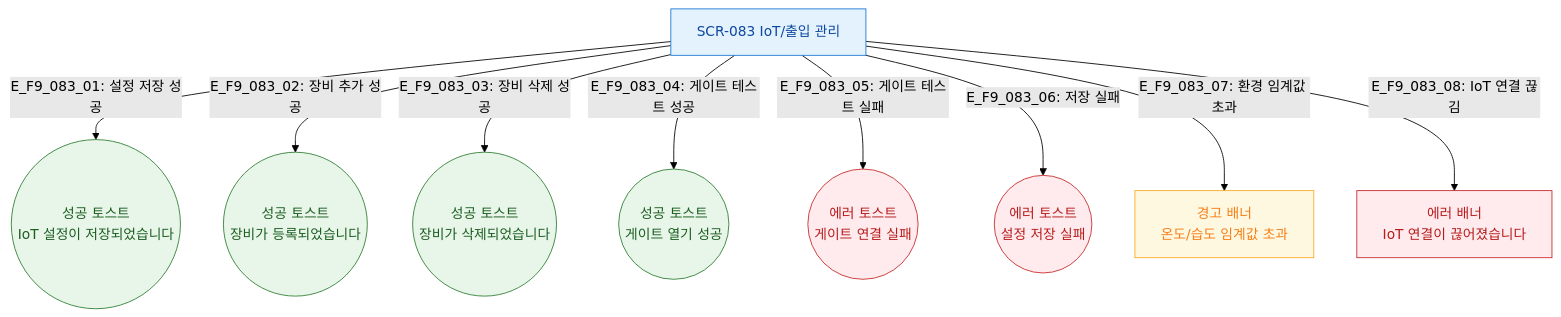
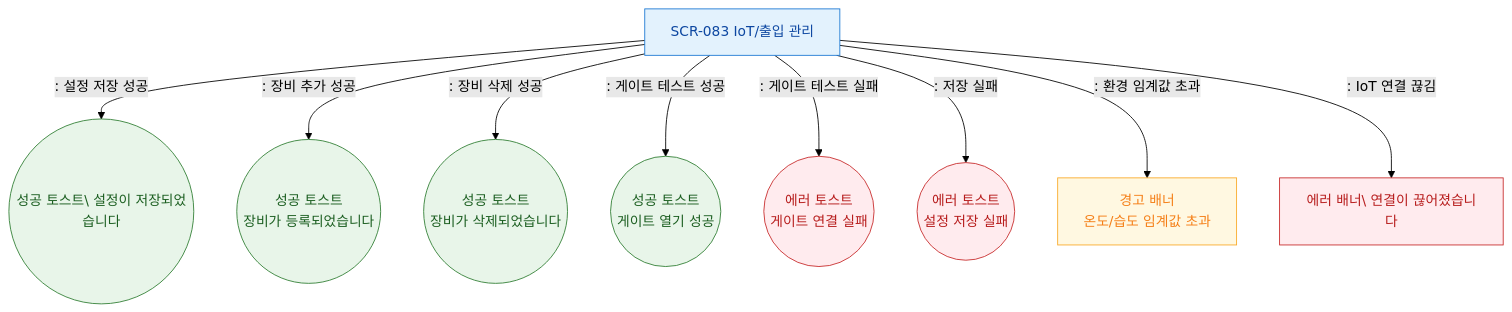
The diagram in docs/다이어그램/D09_설정관리/SCR-083_IoT출입관리/F9_토스트피드백.md (dev-spogym/admin-pando), drawn with Mermaid (forest theme) before and after one commit. The commit also changed other lines of this file and 1660 other files, not shown here.

First line of the commit message:
다이어그램: 기획자/클라이언트 납품본으로 정리

````diff
--- a/docs/다이어그램/D09_설정관리/SCR-083_IoT출입관리/F9_토스트피드백.md
+++ b/docs/다이어그램/D09_설정관리/SCR-083_IoT출입관리/F9_토스트피드백.md
@@ -14,22 +12,22 @@
 ```mermaid
 flowchart TD
     SCR083[SCR-083 IoT/출입 관리]
 
-    SCR083 -->|"E_F9_083_01: 설정 저장 성공"| FB_SaveOK((성공 토스트\nIoT 설정이 저장되었습니다))
-    SCR083 -->|"E_F9_083_02: 장비 추가 성공"| FB_AddOK((성공 토스트\n장비가 등록되었습니다))
-    SCR083 -->|"E_F9_083_03: 장비 삭제 성공"| FB_DelOK((성공 토스트\n장비가 삭제되었습니다))
-    SCR083 -->|"E_F9_083_04: 게이트 테스트 성공"| FB_GateOK((성공 토스트\n게이트 열기 성공))
-    SCR083 -->|"E_F9_083_05: 게이트 테스트 실패"| FB_GateErr((에러 토스트\n게이트 연결 실패))
-    SCR083 -->|"E_F9_083_06: 저장 실패"| FB_SaveErr((에러 토스트\n설정 저장 실패))
-    SCR083 -->|"E_F9_083_07: 환경 임계값 초과"| FB_EnvWarn[경고 배너\n온도/습도 임계값 초과]
-    SCR083 -->|"E_F9_083_08: IoT 연결 끊김"| FB_IoTErr[에러 배너\nIoT 연결이 끊어졌습니다]
+    SCR083 -->|": 설정 저장 성공"|FB_SaveOK((성공 토스트\ 설정이 저장되었습니다))
+    SCR083 -->|": 장비 추가 성공"|FB_AddOK((성공 토스트\n장비가 등록되었습니다))
+    SCR083 -->|": 장비 삭제 성공"|FB_DelOK((성공 토스트\n장비가 삭제되었습니다))
+    SCR083 -->|": 게이트 테스트 성공"|FB_GateOK((성공 토스트\n게이트 열기 성공))
+    SCR083 -->|": 게이트 테스트 실패"|FB_GateErr((에러 토스트\n게이트 연결 실패))
+    SCR083 -->|": 저장 실패"|FB_SaveErr((에러 토스트\n설정 저장 실패))
+    SCR083 -->|": 환경 임계값 초과"|FB_EnvWarn[경고 배너\n온도/습도 임계값 초과]
+    SCR083 -->|": IoT 연결 끊김"|FB_IoTErr[에러 배너\ 연결이 끊어졌습니다]
 
     classDef screen fill:#E3F2FD,stroke:#1976D2,color:#0D47A1
     classDef success fill:#E8F5E9,stroke:#2E7D32,color:#1B5E20
     classDef error fill:#FFEBEE,stroke:#C62828,color:#B71C1C
     classDef warning fill:#FFF8E1,stroke:#F9A825,color:#F57F17
     class SCR083 screen
     class FB_SaveOK,FB_AddOK,FB_DelOK,FB_GateOK success
     class FB_GateErr,FB_SaveErr,FB_IoTErr error
     class FB_EnvWarn warning
 ```
````
